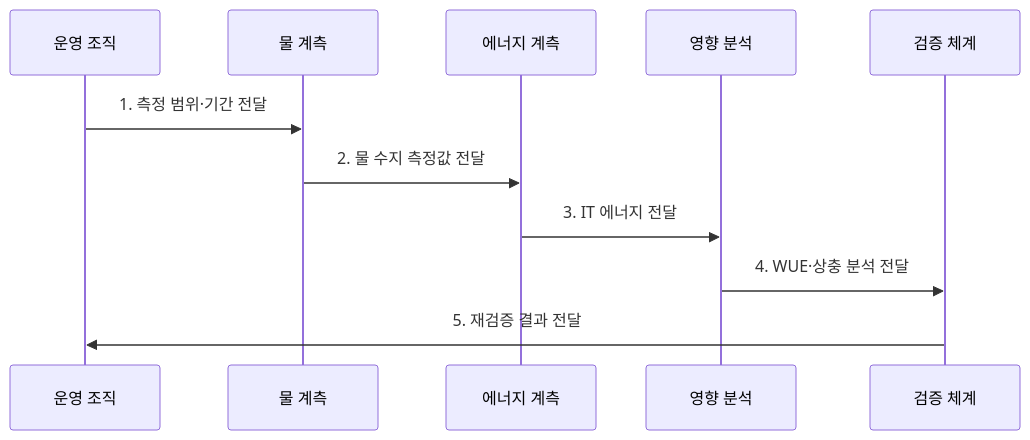
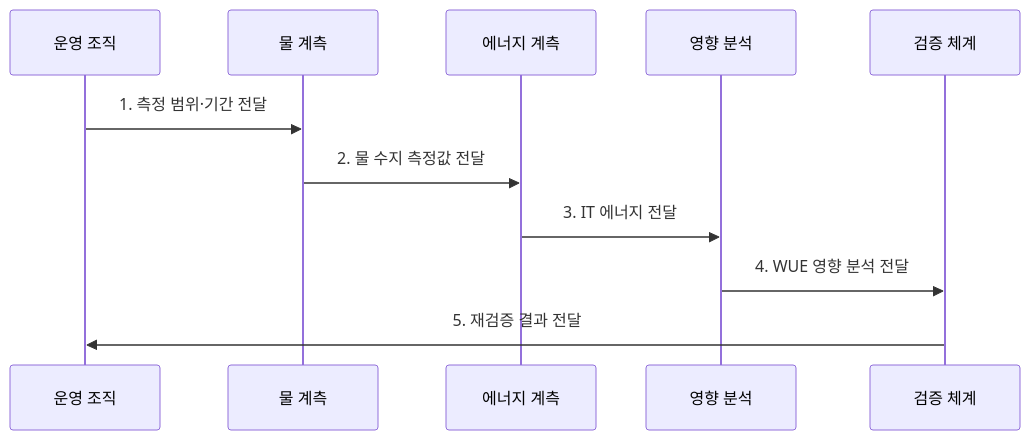
Before and after one commit to agnusdei1207/knowledge-base: the second of 2 diagrams in src/content/docs/notes/08-latest-tech/199_water_usage_effectiveness.md, drawn with Mermaid. The commit also changed other lines of this file and 15 other files, not shown here.

````diff
--- a/src/content/docs/notes/08-latest-tech/199_water_usage_effectiveness.md
+++ b/src/content/docs/notes/08-latest-tech/199_water_usage_effectiveness.md
@@ -79,13 +79,13 @@
 ```mermaid
 sequenceDiagram
   participant O as 운영 조직
   participant W as 물 계측
   participant E as 에너지 계측
   participant A as 영향 분석
   participant V as 검증 체계
   O->>W: 1. 측정 범위·기간 전달
   W->>E: 2. 물 수지 측정값 전달
   E->>A: 3. IT 에너지 전달
-  A->>V: 4. WUE·상충 분석 전달
+  A->>V: 4. WUE 영향 분석 전달
   V->>O: 5. 재검증 결과 전달
 ```
````
